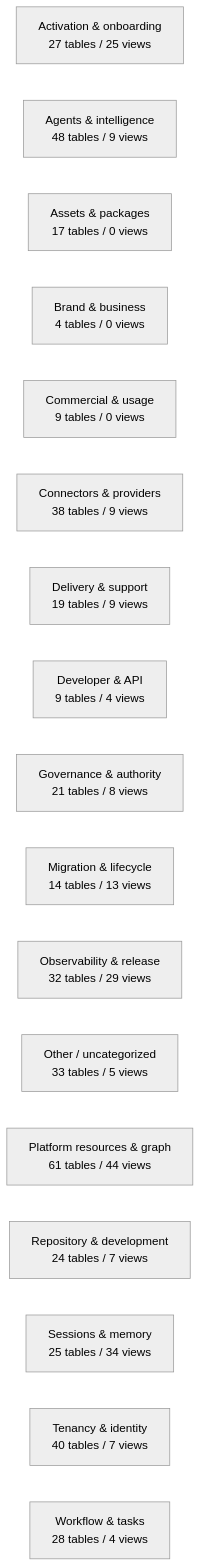
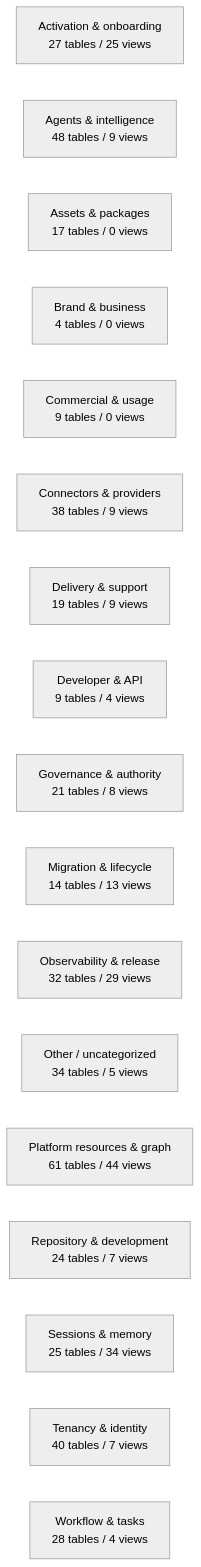
The diagram in docs/work-maps/data-model-domain-map.md (mad4bdigital-ai/multi-business-multi-role-growth-intelligence-os), drawn with Mermaid (neutral theme) before and after one commit. The commit also changed other lines of this file and 3 other files, not shown here.

````diff
--- a/docs/work-maps/data-model-domain-map.md
+++ b/docs/work-maps/data-model-domain-map.md
@@ -9,20 +9,20 @@
 ```mermaid
 flowchart LR
   n_Activation___onboarding["Activation & onboarding<br/>27 tables / 25 views"]
   n_Agents___intelligence["Agents & intelligence<br/>48 tables / 9 views"]
   n_Assets___packages["Assets & packages<br/>17 tables / 0 views"]
   n_Brand___business["Brand & business<br/>4 tables / 0 views"]
   n_Commercial___usage["Commercial & usage<br/>9 tables / 0 views"]
   n_Connectors___providers["Connectors & providers<br/>38 tables / 9 views"]
   n_Delivery___support["Delivery & support<br/>19 tables / 9 views"]
   n_Developer___API["Developer & API<br/>9 tables / 4 views"]
   n_Governance___authority["Governance & authority<br/>21 tables / 8 views"]
   n_Migration___lifecycle["Migration & lifecycle<br/>14 tables / 13 views"]
   n_Observability___release["Observability & release<br/>32 tables / 29 views"]
-  n_Other___uncategorized["Other / uncategorized<br/>33 tables / 5 views"]
+  n_Other___uncategorized["Other / uncategorized<br/>34 tables / 5 views"]
   n_Platform_resources___graph["Platform resources & graph<br/>61 tables / 44 views"]
   n_Repository___development["Repository & development<br/>24 tables / 7 views"]
   n_Sessions___memory["Sessions & memory<br/>25 tables / 34 views"]
   n_Tenancy___identity["Tenancy & identity<br/>40 tables / 7 views"]
   n_Workflow___tasks["Workflow & tasks<br/>28 tables / 4 views"]
 ```
````
